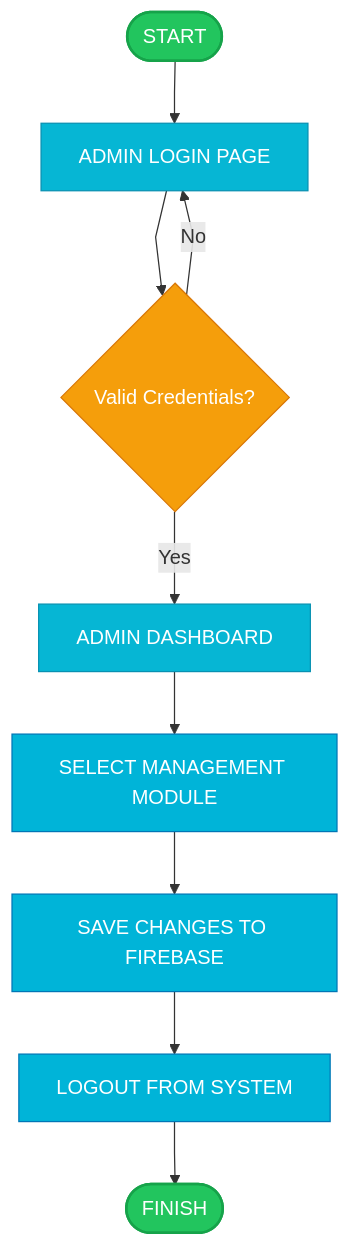
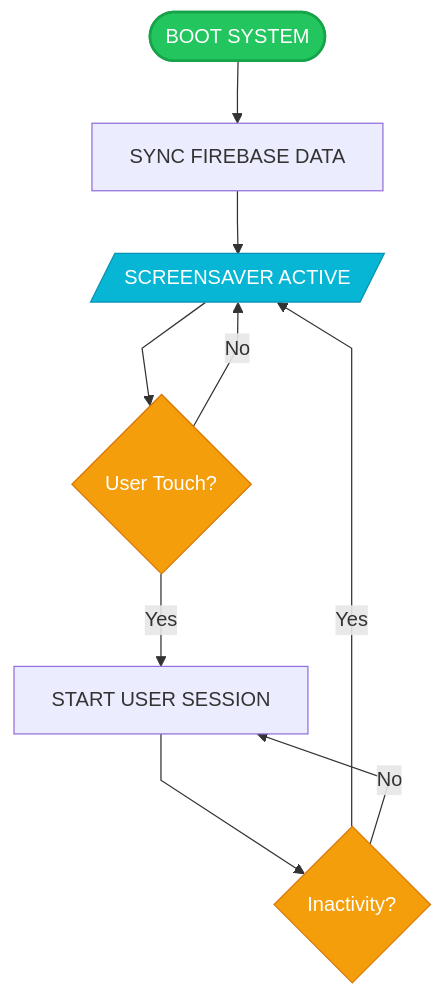
Before and after one commit to Yui1003/iCCAT: the ninth of 9 diagrams in iCCAT-Academic-Flowcharts-Printable.md, drawn with Mermaid. The commit also changed other lines of this file, not shown here.

First line of the commit message:
Update system flowcharts to include missing pages and improve detail

````diff
--- a/iCCAT-Academic-Flowcharts-Printable.md
+++ b/iCCAT-Academic-Flowcharts-Printable.md
@@ -196,24 +277,22 @@
 ```mermaid
 %%{init: {'flowchart': {'curve': 'linear', 'nodeSpacing': 50, 'rankSpacing': 50}}}%%
 flowchart TB
     classDef startEnd fill:#22c55e,stroke:#16a34a,color:#fff,stroke-width:2px,rx:20,ry:20
     classDef display fill:#06b6d4,stroke:#0891b2,color:#fff
-    classDef action fill:#00b4d8,stroke:#0077b6,color:#fff
     classDef decision fill:#f59e0b,stroke:#d97706,color:#fff
     
-    START([START]) --> LOGIN[ADMIN LOGIN PAGE]
+    START([BOOT SYSTEM]) --> SYNC[SYNC FIREBASE DATA]
+    SYNC --> IDLE[/SCREENSAVER ACTIVE/]
     
-    LOGIN --> AUTH{Valid Credentials?}
-    AUTH -->|No| LOGIN
-    AUTH -->|Yes| DASH[ADMIN DASHBOARD]
+    IDLE --> TOUCH{User Touch?}
+    TOUCH -->|Yes| SESSION[START USER SESSION]
+    TOUCH -->|No| IDLE
     
-    DASH --> MOD[SELECT MANAGEMENT MODULE]
-    MOD --> SAVE[SAVE CHANGES TO FIREBASE]
-    SAVE --> LOGOUT[LOGOUT FROM SYSTEM]
-    LOGOUT --> FINISH([FINISH])
-
-    class START,FINISH startEnd
-    class LOGIN,DASH display
-    class MOD,SAVE,LOGOUT action
-    class AUTH decision
+    SESSION --> TIMEOUT{Inactivity?}
+    TIMEOUT -->|Yes| IDLE
+    TIMEOUT -->|No| SESSION
+    
+    class START startEnd
+    class IDLE display
+    class TOUCH,TIMEOUT decision
 ```
````
